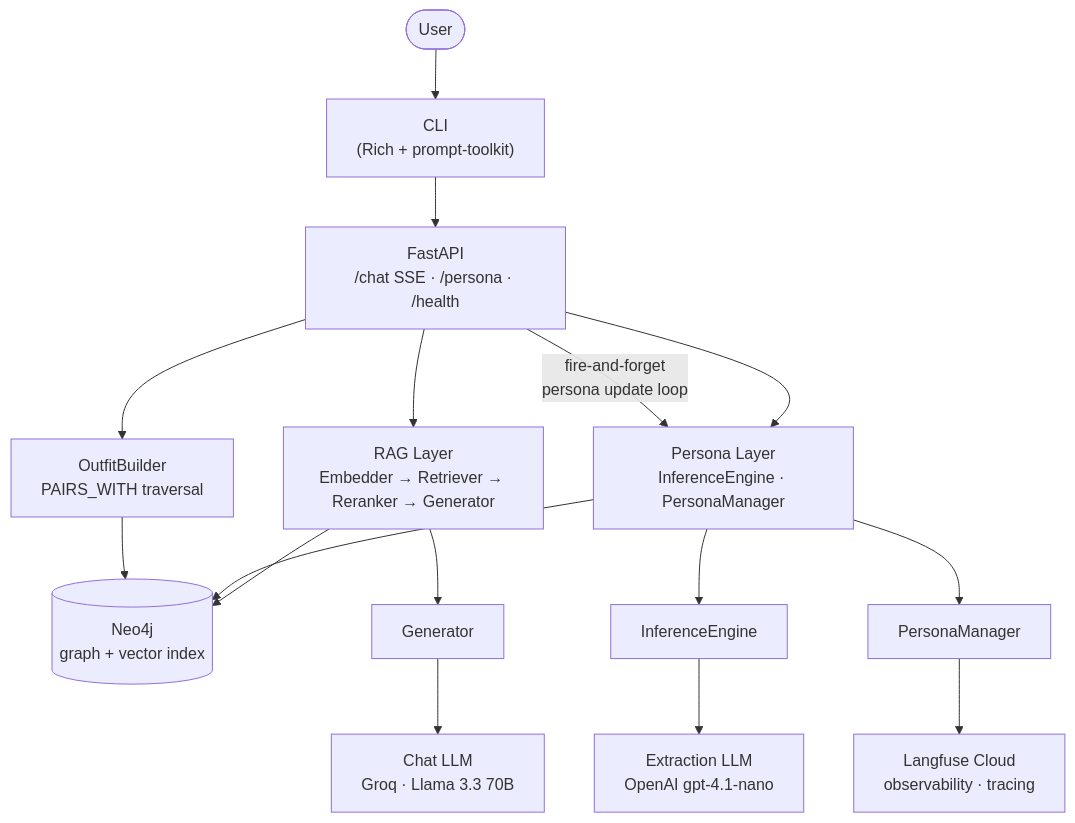
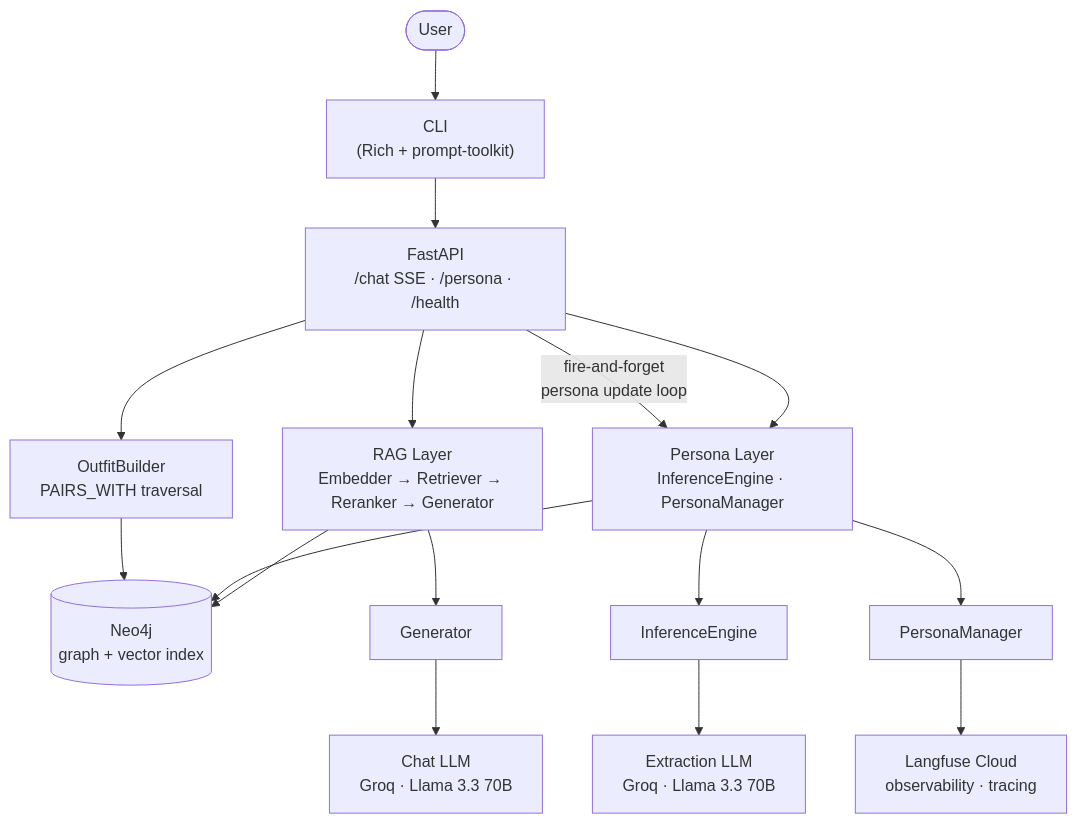
Before and after one commit to Collaboration95/stylemind: the first of 4 diagrams in README.md, drawn with Mermaid. The commit also changed other lines of this file and 7 other files, not shown here.

First line of the commit message:
fix: extraction LLM references — both LLMs use Groq, not OpenAI

````diff
--- a/README.md
+++ b/README.md
@@ -5,24 +5,24 @@
 ```mermaid
 flowchart TD
     User([User]) --> CLI["CLI\n(Rich + prompt-toolkit)"]
     CLI --> FastAPI["FastAPI\n/chat SSE · /persona · /health"]
 
     FastAPI --> RAG["RAG Layer\nEmbedder → Retriever → Reranker → Generator"]
     FastAPI --> Persona["Persona Layer\nInferenceEngine · PersonaManager"]
     FastAPI --> Outfit["OutfitBuilder\nPAIRS_WITH traversal"]
 
     RAG --> Neo4j[("Neo4j\ngraph + vector index")]
     Persona --> Neo4j
     Outfit --> Neo4j
 
     Generator["Generator"] --> ChatLLM["Chat LLM\nGroq · Llama 3.3 70B"]
     RAG --> Generator
 
     Persona --> InferenceEngine["InferenceEngine"]
-    InferenceEngine --> ExtractionLLM["Extraction LLM\nOpenAI gpt-4.1-nano"]
+    InferenceEngine --> ExtractionLLM["Extraction LLM\nGroq · Llama 3.3 70B"]
 
     Persona --> PersonaManager["PersonaManager"]
     PersonaManager --> Langfuse["Langfuse Cloud\nobservability · tracing"]
 
     FastAPI -- "fire-and-forget\npersona update loop" --> Persona
 ```
````
